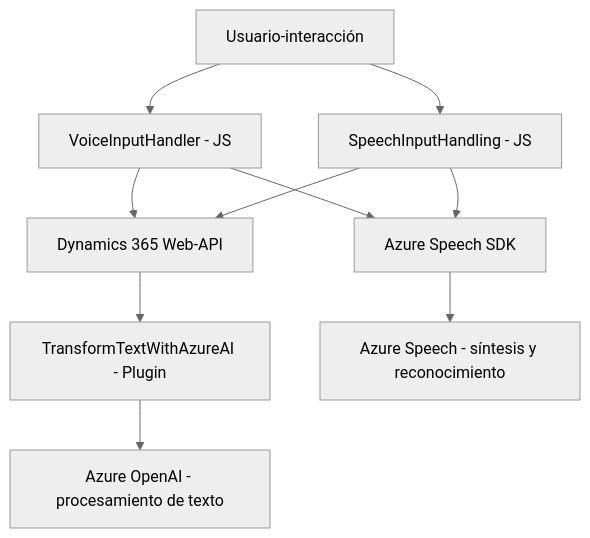
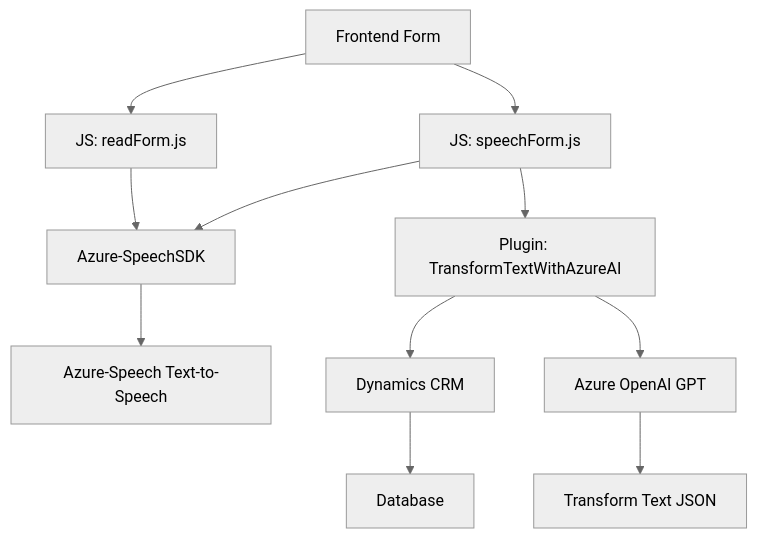
The diagram in README.md (blopezdm/NETCORE_BILBAO2025), drawn with Mermaid (neutral theme) before and after one commit. The commit also changed other lines of this file, not shown here.

````diff
--- a/README.md
+++ b/README.md
@@ -44,20 +57,13 @@
 ```mermaid
 graph TD
-    A["Usuario-interacción"]
-    B["VoiceInputHandler - JS"]
-    C["SpeechInputHandling - JS"]
-    D["Azure Speech SDK"]
-    E["Dynamics 365 Web-API"]
-    F["TransformTextWithAzureAI - Plugin"]
-    G["Azure Speech - síntesis y reconocimiento"]
-    H["Azure OpenAI - procesamiento de texto"]
-    A --> B
-    A --> C
-    B --> D
+    A["Frontend Form"] --> B["JS: readForm.js"]
+    A --> C["JS: speechForm.js"]
+    B --> D["Azure-SpeechSDK"]
     C --> D
-    D --> G
-    B --> E
-    C --> E
-    E --> F
-    F --> H
+    D --> E["Azure-Speech Text-to-Speech"]
+    C --> F["Plugin: TransformTextWithAzureAI"]
+    F --> G["Dynamics CRM"]
+    F --> H["Azure OpenAI GPT"]
+    H --> I["Transform Text JSON"]
+    G --> J["Database"]
 ```
````
